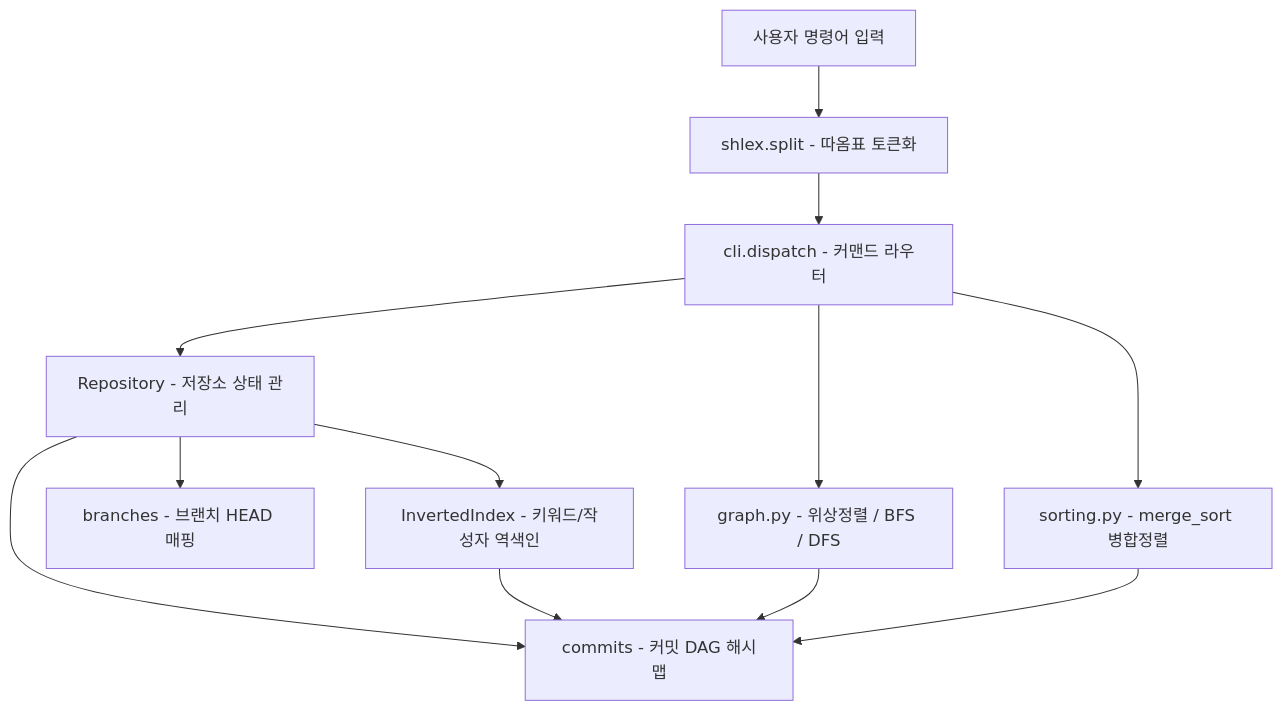
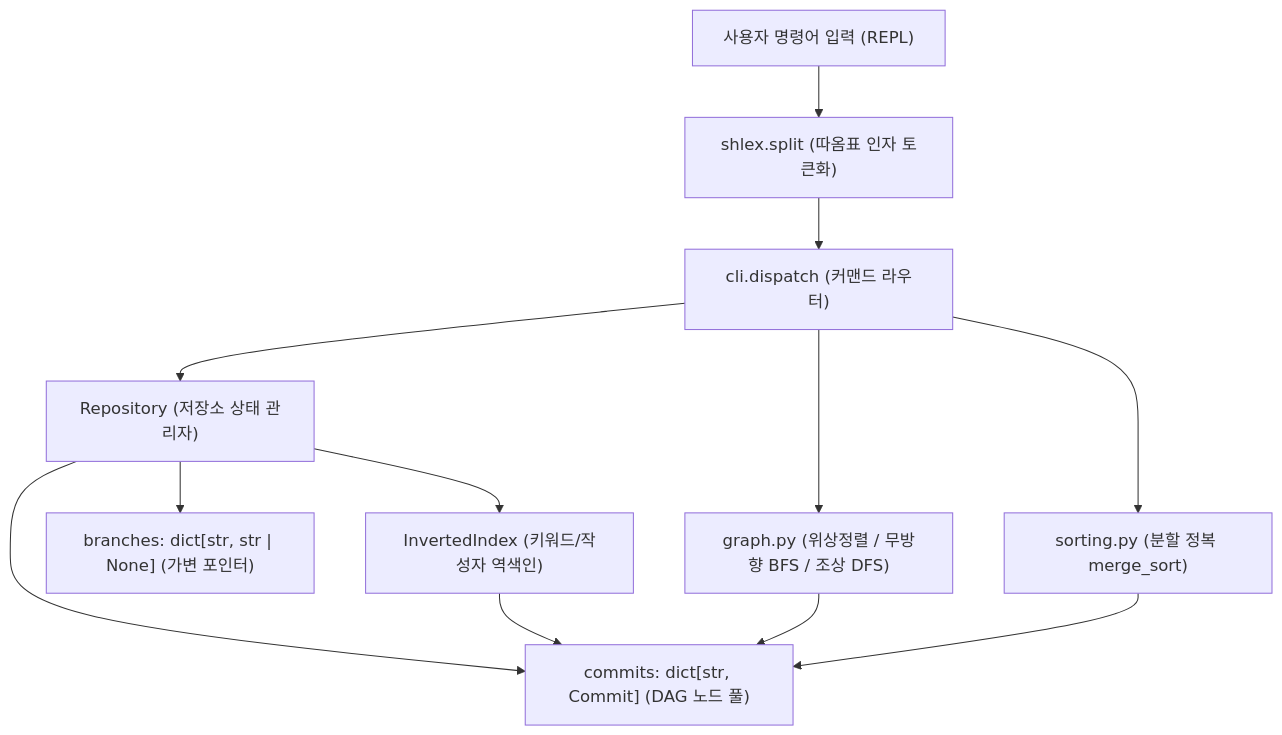
One commit to nttkor/b5_2 changed the first of 3 diagrams in README.md. Above: the diagram before and after it, drawn with Mermaid. The commit also changed other lines of this file, not shown here.

Commit message:
docs: enrich README.md with comprehensive architectural explanations

````diff
--- a/README.md
+++ b/README.md
@@ -119,14 +14,14 @@
 ```mermaid
 flowchart TD
-    User["사용자 명령어 입력"] --> Shlex["shlex.split - 따옴표 토큰화"]
-    Shlex --> Dispatch["cli.dispatch - 커맨드 라우터"]
-    Dispatch --> Repo["Repository - 저장소 상태 관리"]
-    Repo --> CommitStore["commits - 커밋 DAG 해시맵"]
-    Repo --> Branches["branches - 브랜치 HEAD 매핑"]
-    Repo --> Index["InvertedIndex - 키워드/작성자 역색인"]
-    Dispatch --> Graph["graph.py - 위상정렬 / BFS / DFS"]
-    Dispatch --> Sort["sorting.py - merge_sort 병합정렬"]
+    User["사용자 명령어 입력 (REPL)"] --> Shlex["shlex.split (따옴표 인자 토큰화)"]
+    Shlex --> Dispatch["cli.dispatch (커맨드 라우터)"]
+    Dispatch --> Repo["Repository (저장소 상태 관리자)"]
+    Repo --> CommitStore["commits: dict[str, Commit] (DAG 노드 풀)"]
+    Repo --> Branches["branches: dict[str, str | None] (가변 포인터)"]
+    Repo --> Index["InvertedIndex (키워드/작성자 역색인)"]
+    Dispatch --> Graph["graph.py (위상정렬 / 무방향 BFS / 조상 DFS)"]
+    Dispatch --> Sort["sorting.py (분할 정복 merge_sort)"]
     Graph --> CommitStore
     Sort --> CommitStore
     Index --> CommitStore
 ```
````
